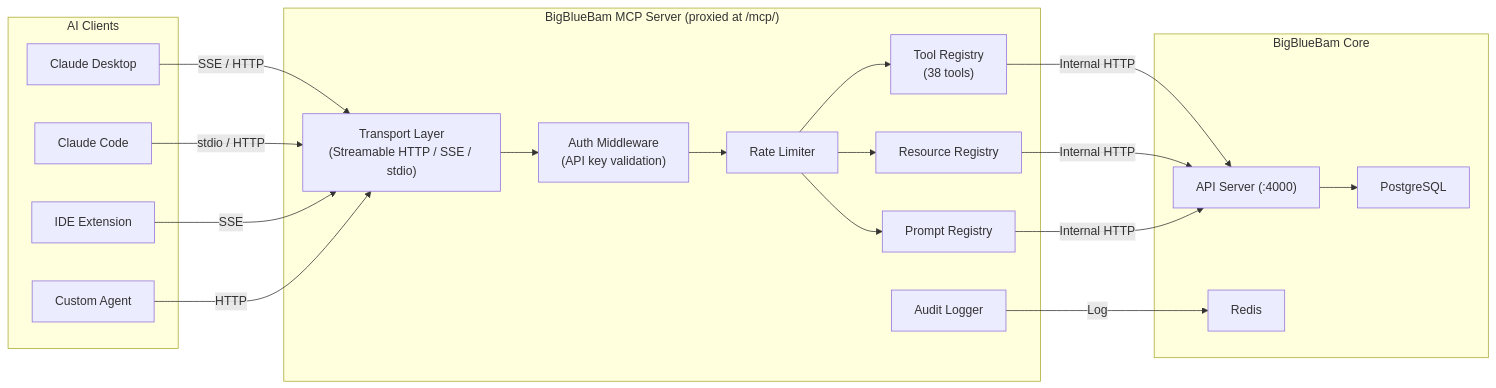
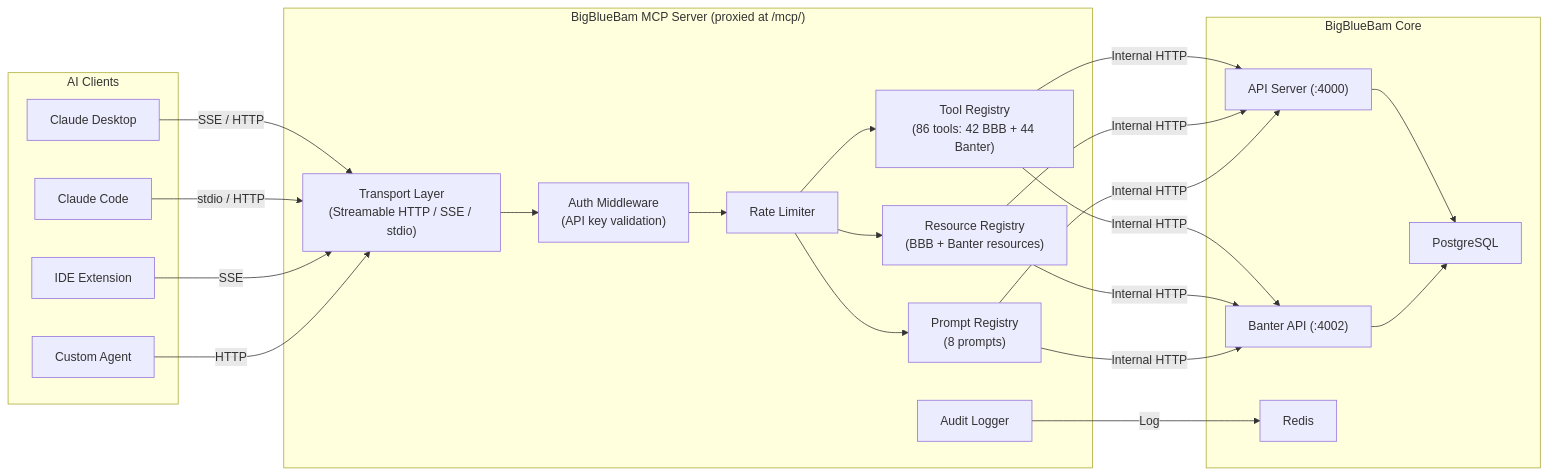
Before and after one commit to leith-bartrich/BigBlueBam: the first of 4 diagrams in docs/mcp-server.md, drawn with Mermaid. The commit also changed 51 other files, not shown here.

````diff
--- a/docs/mcp-server.md
+++ b/docs/mcp-server.md
@@ -21,42 +21,47 @@
 ```mermaid
 graph LR
     subgraph "AI Clients"
         Claude["Claude Desktop"]
         Code["Claude Code"]
         IDE["IDE Extension"]
         Agent["Custom Agent"]
     end
 
     subgraph "BigBlueBam MCP Server (proxied at /mcp/)"
         Transport["Transport Layer<br/>(Streamable HTTP / SSE / stdio)"]
         Auth["Auth Middleware<br/>(API key validation)"]
         Rate["Rate Limiter"]
         Audit["Audit Logger"]
-        Tools["Tool Registry<br/>(38 tools)"]
-        Resources["Resource Registry"]
-        Prompts["Prompt Registry"]
+        Tools["Tool Registry<br/>(86 tools: 42 BBB + 44 Banter)"]
+        Resources["Resource Registry<br/>(BBB + Banter resources)"]
+        Prompts["Prompt Registry<br/>(8 prompts)"]
     end
 
     subgraph "BigBlueBam Core"
         API["API Server (:4000)"]
+        BanterAPI["Banter API (:4002)"]
         DB["PostgreSQL"]
         Redis["Redis"]
     end
 
     Claude -->|"SSE / HTTP"| Transport
     Code -->|"stdio / HTTP"| Transport
     IDE -->|"SSE"| Transport
     Agent -->|"HTTP"| Transport
 
     Transport --> Auth
     Auth --> Rate
     Rate --> Tools
     Rate --> Resources
     Rate --> Prompts
 
     Tools -->|"Internal HTTP"| API
+    Tools -->|"Internal HTTP"| BanterAPI
     Resources -->|"Internal HTTP"| API
+    Resources -->|"Internal HTTP"| BanterAPI
     Prompts -->|"Internal HTTP"| API
+    Prompts -->|"Internal HTTP"| BanterAPI
     Audit -->|"Log"| Redis
     API --> DB
+    BanterAPI --> DB
 ```
````
